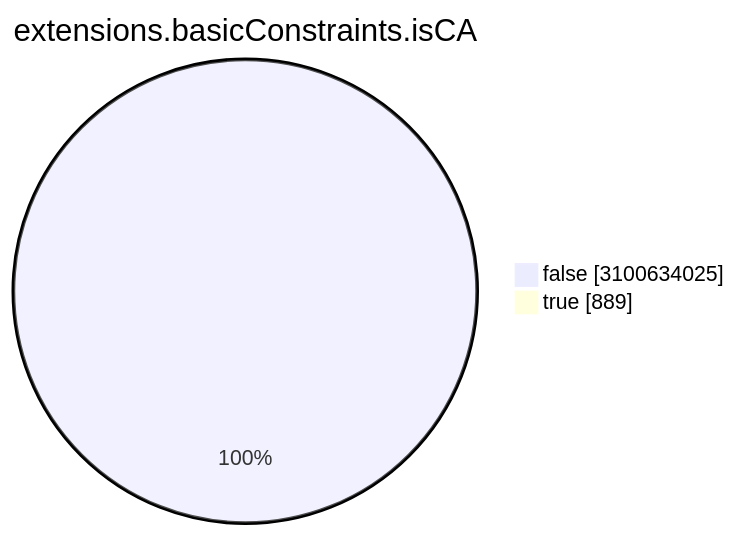
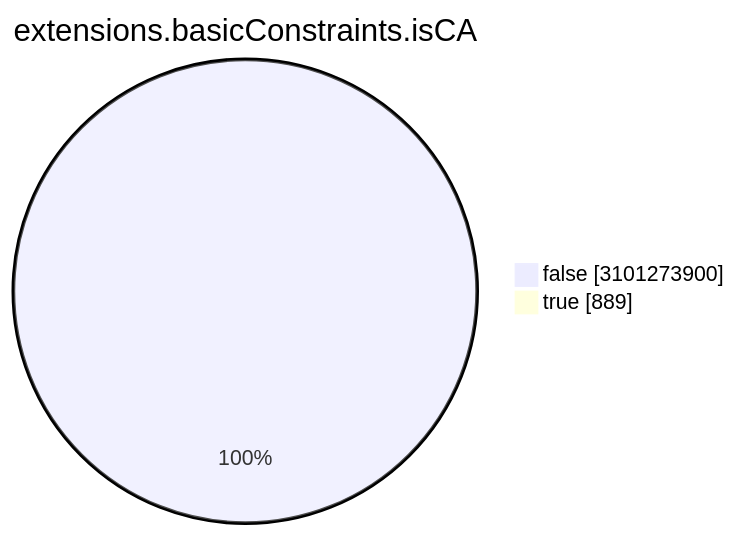
One commit to christiankrug/ctmonitor_visualization changed the seventh of 15 diagrams in TOTAL/README.md. Above: the diagram before and after it, drawn with Mermaid. The commit also changed other lines of this file, not shown here.

````diff
--- a/TOTAL/README.md
+++ b/TOTAL/README.md
@@ -3088,6 +3088,6 @@
 ```mermaid
 pie showData
 title extensions.basicConstraints.isCA
-"false" :3100634025
+"false" :3101273900
 "true" :889
 ```
````
